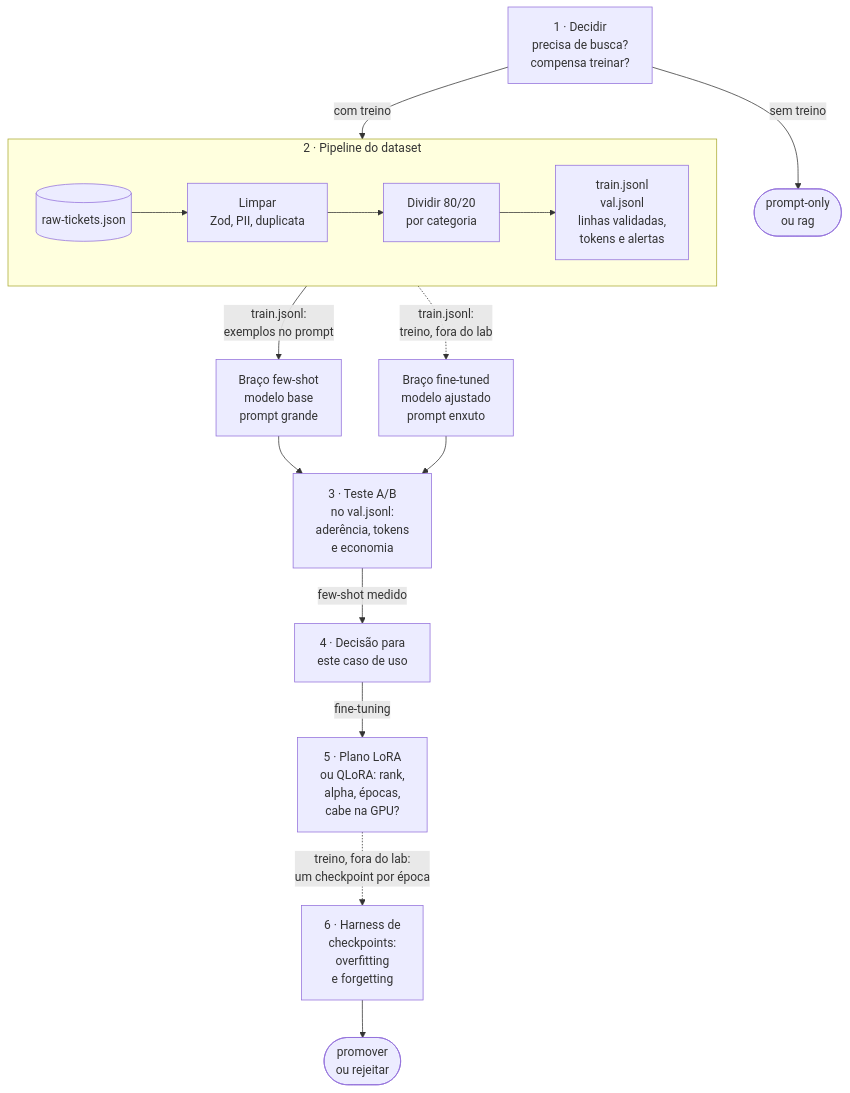
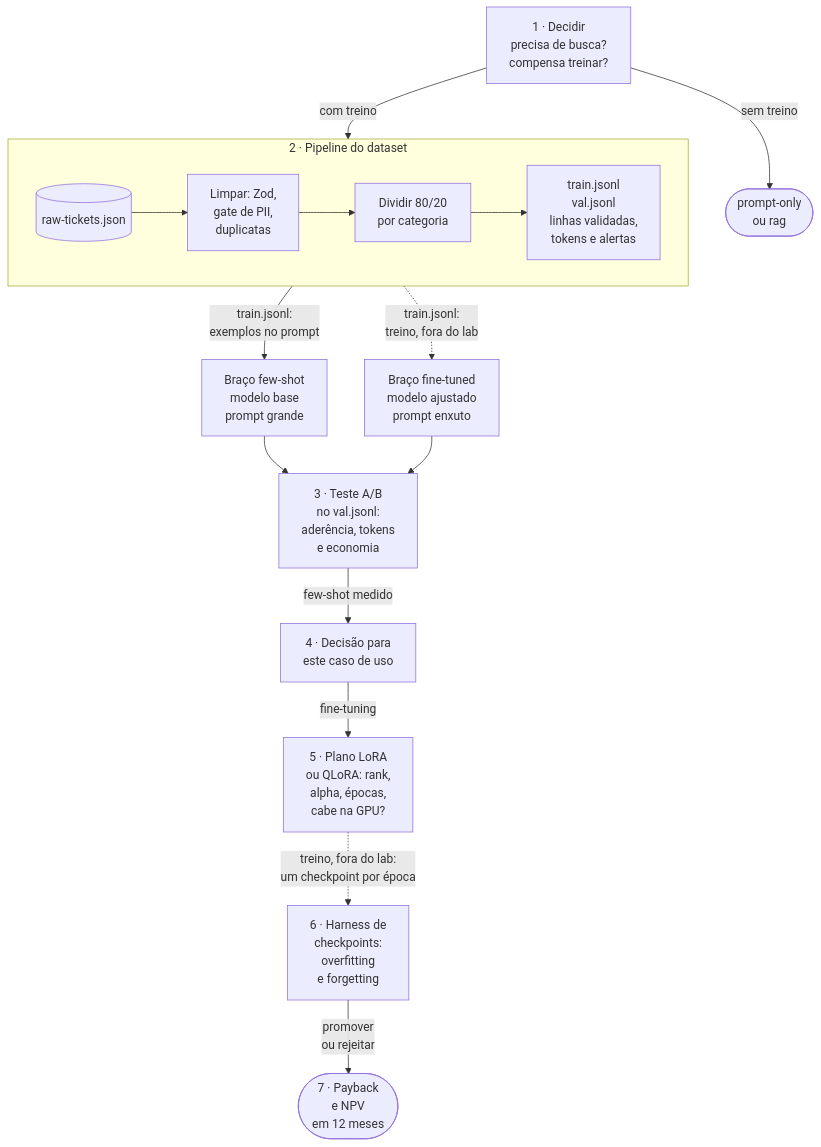
The diagram in labs/07-fine-tuning-datasets/README.md (Amad3eu/ai-engineering-labs), drawn with Mermaid before and after one commit. The commit also changed other lines of this file and 12 other files, not shown here.

First line of the commit message:
feat(lab-07): gate de PII, quase duplicatas e payback com NPV (#5)

````diff
--- a/labs/07-fine-tuning-datasets/README.md
+++ b/labs/07-fine-tuning-datasets/README.md
@@ -19,22 +20,22 @@
 ```mermaid
 flowchart TB
   DF["1 · Decidir<br/>precisa de busca?<br/>compensa treinar?"]
   DF -->|"sem treino"| OUT(["prompt-only<br/>ou rag"])
   DF -->|"com treino"| dataset
 
   subgraph dataset["2 · Pipeline do dataset"]
     direction LR
-    RAW[("raw-tickets.json")] --> CL["Limpar<br/>Zod, PII, duplicata"]
+    RAW[("raw-tickets.json")] --> CL["Limpar: Zod,<br/>gate de PII,<br/>duplicatas"]
     CL --> SP["Dividir 80/20<br/>por categoria"]
     SP --> JL["train.jsonl<br/>val.jsonl<br/>linhas validadas,<br/>tokens e alertas"]
   end
 
   dataset -->|"train.jsonl:<br/>exemplos no prompt"| A["Braço few-shot<br/>modelo base<br/>prompt grande"]
   dataset -.->|"train.jsonl:<br/>treino, fora do lab"| B["Braço fine-tuned<br/>modelo ajustado<br/>prompt enxuto"]
   A --> AB["3 · Teste A/B<br/>no val.jsonl:<br/>aderência, tokens<br/>e economia"]
   B --> AB
   AB -->|"few-shot medido"| D4["4 · Decisão para<br/>este caso de uso"]
   D4 -->|"fine-tuning"| LP["5 · Plano LoRA<br/>ou QLoRA: rank,<br/>alpha, épocas,<br/>cabe na GPU?"]
   LP -.->|"treino, fora do lab:<br/>um checkpoint por época"| EH["6 · Harness de<br/>checkpoints:<br/>overfitting<br/>e forgetting"]
-  EH --> PROD(["promover<br/>ou rejeitar"])
+  EH -->|"promover<br/>ou rejeitar"| PB(["7 · Payback<br/>e NPV<br/>em 12 meses"])
 ```
````
